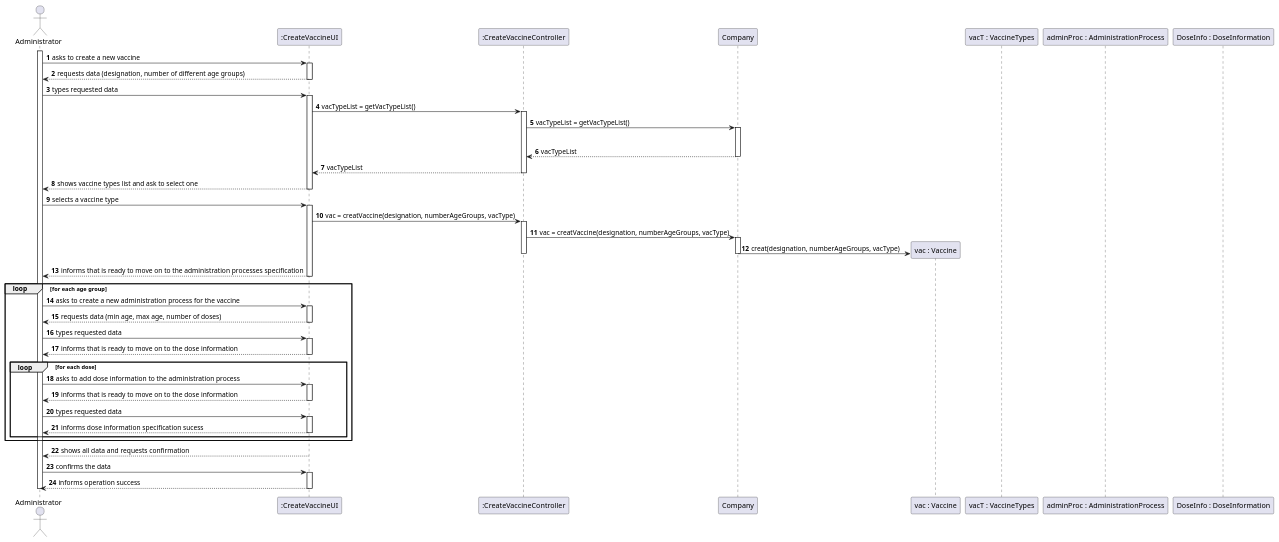
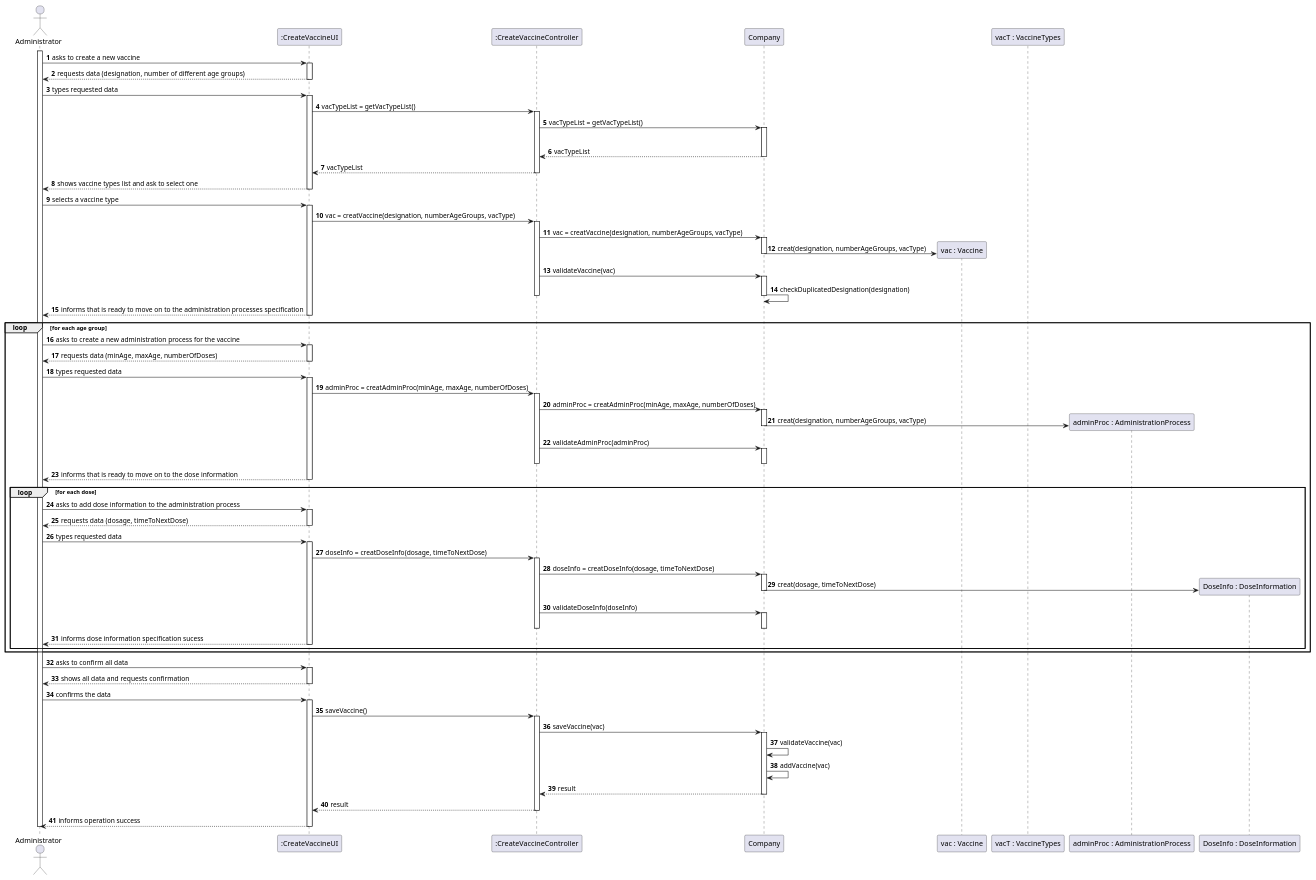
The diagram in docs/SprintB/US13/SD/US13_SD.puml (miseEnPlace-i/lapr2), drawn with PlantUML before and after one commit. The commit also changed 2 other files, not shown here.

```diff
--- a/docs/SprintB/US13/SD/US13_SD.puml
+++ b/docs/SprintB/US13/SD/US13_SD.puml
@@ -1,91 +1,134 @@
 @startuml
 autonumber
 'hide footbox
 actor "Administrator" as ADM
 
 participant ":CreateVaccineUI" as UI
 participant ":CreateVaccineController" as CTRL
 participant "Company" as COMP
 participant "vac : Vaccine" as VAC
 participant "vacT : VaccineTypes" as VACT
 participant "adminProc : AdministrationProcess" as AP
 participant "DoseInfo : DoseInformation" as DI
 
 activate ADM
 
 ADM -> UI : asks to create a new vaccine
 activate UI
 UI --> ADM :  requests data (designation, number of different age groups)
 deactivate UI
 
 ADM -> UI : types requested data
 activate UI
     UI -> CTRL : vacTypeList = getVacTypeList()
     activate CTRL
 
         CTRL -> COMP : vacTypeList = getVacTypeList()
         activate COMP 
         |||
         COMP --> CTRL : vacTypeList
         deactivate COMP
         CTRL --> UI : vacTypeList
     deactivate CTRL
 UI --> ADM : shows vaccine types list and ask to select one
 deactivate UI
 
 ADM -> UI : selects a vaccine type
 activate UI
     UI -> CTRL : vac = creatVaccine(designation, numberAgeGroups, vacType)
     activate CTRL
 
         CTRL -> COMP : vac = creatVaccine(designation, numberAgeGroups, vacType)
         activate COMP 
 
             COMP -> VAC ** : creat(designation, numberAgeGroups, vacType)
 
         deactivate COMP
 
+        CTRL -> COMP : validateVaccine(vac)
+        activate COMP 
+            COMP -> COMP : checkDuplicatedDesignation(designation)
+        deactivate COMP
+
     deactivate CTRL
 UI --> ADM : informs that is ready to move on to the administration processes specification
 deactivate UI
 
 
 loop for each age group
 
     ADM -> UI : asks to create a new administration process for the vaccine
     activate UI
-    UI --> ADM : requests data (min age, max age, number of doses)
+    UI --> ADM : requests data (minAge, maxAge, numberOfDoses)
     deactivate UI
 
     ADM -> UI : types requested data
     activate UI
+        UI -> CTRL : adminProc = creatAdminProc(minAge, maxAge, numberOfDoses)
+        activate CTRL
+
+            CTRL -> COMP : adminProc = creatAdminProc(minAge, maxAge, numberOfDoses)
+            activate COMP 
+
+                COMP -> AP ** : creat(designation, numberAgeGroups, vacType)
+
+            deactivate COMP
+
+            CTRL -> COMP : validateAdminProc(adminProc)
+            activate COMP 
+            deactivate COMP
+
+        deactivate CTRL
     UI --> ADM : informs that is ready to move on to the dose information
     deactivate UI
 
     loop for each dose
 
         ADM -> UI : asks to add dose information to the administration process
         activate UI
-        UI --> ADM : informs that is ready to move on to the dose information
+        UI --> ADM : requests data (dosage, timeToNextDose)
         deactivate UI
-        
         ADM -> UI : types requested data
         activate UI
+            UI -> CTRL : doseInfo = creatDoseInfo(dosage, timeToNextDose)
+                activate CTRL
+                CTRL -> COMP : doseInfo = creatDoseInfo(dosage, timeToNextDose)
+                activate COMP 
+
+                    COMP -> DI ** : creat(dosage, timeToNextDose)
+
+                deactivate COMP
+
+                CTRL -> COMP : validateDoseInfo(doseInfo)
+                activate COMP 
+                deactivate COMP
+
+                deactivate CTRL
         UI --> ADM : informs dose information specification sucess
         deactivate UI
-        
     end
-
 end
-
+ADM -> UI : asks to confirm all data
+activate UI
 UI --> ADM : shows all data and requests confirmation
 deactivate UI
 
 ADM -> UI : confirms the data
 activate UI
+UI -> CTRL : saveVaccine()
+    activate CTRL
+
+        CTRL -> COMP :  saveVaccine(vac)
+        activate COMP 
+            COMP -> COMP : validateVaccine(vac)
+            COMP -> COMP : addVaccine(vac)
+            COMP --> CTRL : result
+        deactivate COMP
+        CTRL --> UI : result
+    deactivate CTRL
 UI --> ADM : informs operation success
 deactivate UI
 
 deactivate ADM
 
 @enduml
```
